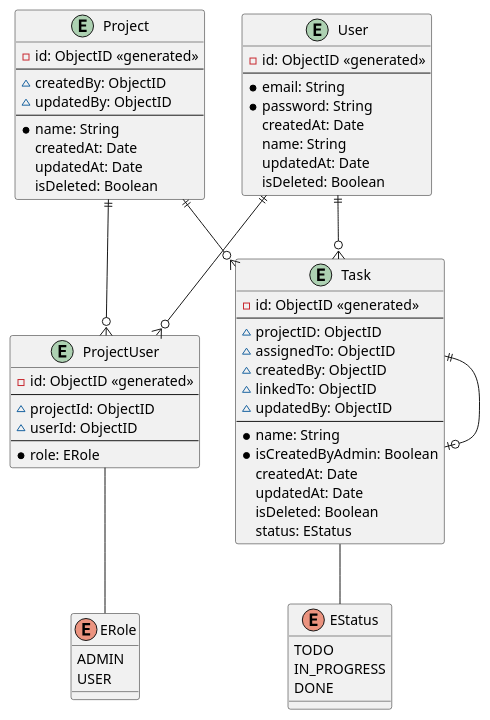
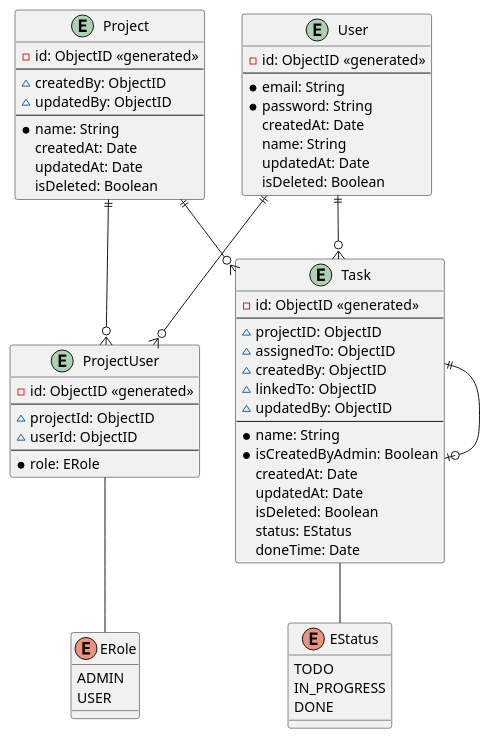
Before and after one commit to Duc-267/lb4-Todo: the diagram in arc/ERD/Todo.puml, drawn with PlantUML. The commit also changed 7 other files, not shown here.

```diff
--- a/arc/ERD/Todo.puml
+++ b/arc/ERD/Todo.puml
@@ -1,64 +1,65 @@
 @startuml SET2020
 entity Project {
   -id: ObjectID <<generated>>
   --
   ~createdBy: ObjectID
   ~updatedBy: ObjectID
   --
   *name: String
   createdAt: Date
   updatedAt: Date
   isDeleted: Boolean
 }
 entity ProjectUser {
   -id: ObjectID <<generated>>
   --
   ~projectId: ObjectID 
   ~userId: ObjectID 
   --
   *role: ERole
 }
 entity User {
   -id: ObjectID <<generated>>
   --
   *email: String
   *password: String
   createdAt: Date
   name: String
   updatedAt: Date
   isDeleted: Boolean
 }
 entity Task {
   -id: ObjectID <<generated>>
   --
   ~projectID: ObjectID
   ~assignedTo: ObjectID
   ~createdBy: ObjectID
   ~linkedTo: ObjectID
   ~updatedBy: ObjectID
   --
   *name: String
   *isCreatedByAdmin: Boolean
   createdAt: Date
   updatedAt: Date
   isDeleted: Boolean
   status: EStatus
+  doneTime: Date
 }
 enum ERole {
   ADMIN
   USER
 }
 enum EStatus {
     TODO
     IN_PROGRESS
     DONE
 }
 
 User ||--o{ Task
 User ||--o{ ProjectUser
 Project ||--o{ ProjectUser
 Project ||--o{ Task
 Task ||--o| Task
 ProjectUser -- ERole
 Task -- EStatus
 @enduml
```
